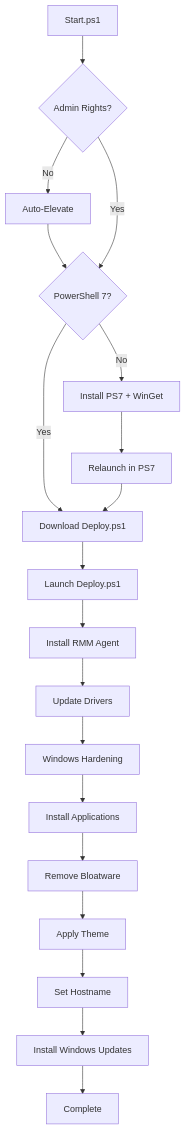
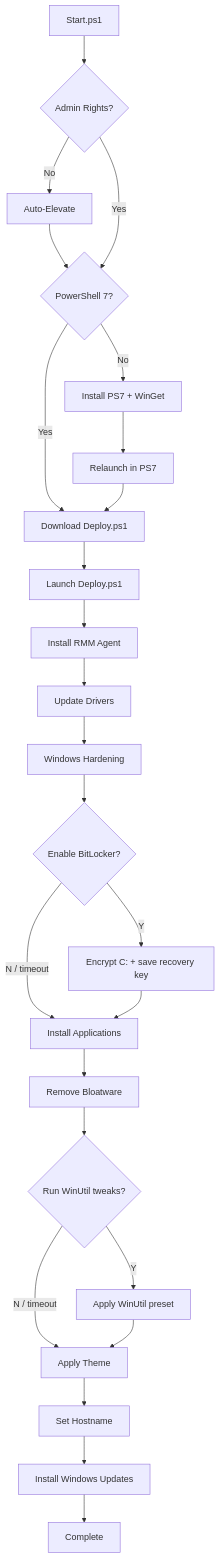
The diagram in README.md (Stensel8/WinDeploy), drawn with Mermaid before and after one commit. The commit also changed other lines of this file and 48 other files, not shown here.

````diff
--- a/README.md
+++ b/README.md
@@ -63,21 +67,29 @@
 ```mermaid
 graph TD
     A[Start.ps1] --> B{Admin Rights?}
     B -->|No| C[Auto-Elevate]
     C --> D{PowerShell 7?}
     B -->|Yes| D
     D -->|No| E[Install PS7 + WinGet]
     E --> F[Relaunch in PS7]
     D -->|Yes| G[Download Deploy.ps1]
     F --> G
     G --> H[Launch Deploy.ps1]
     H --> I[Install RMM Agent]
     I --> J[Update Drivers]
     J --> K[Windows Hardening]
-    K --> L[Install Applications]
+    K --> K2{Enable BitLocker?}
+    K2 -->|Y| K3[Encrypt C: + save recovery key]
+    K2 -->|N / timeout| L
+    K3 --> L
+    L[Install Applications]
     L --> M[Remove Bloatware]
-    M --> N[Apply Theme]
+    M --> M2{Run WinUtil tweaks?}
+    M2 -->|Y| M3[Apply WinUtil preset]
+    M2 -->|N / timeout| N
+    M3 --> N
+    N[Apply Theme]
     N --> O[Set Hostname]
     O --> P[Install Windows Updates]
     P --> Q[Complete]
 ```
````
